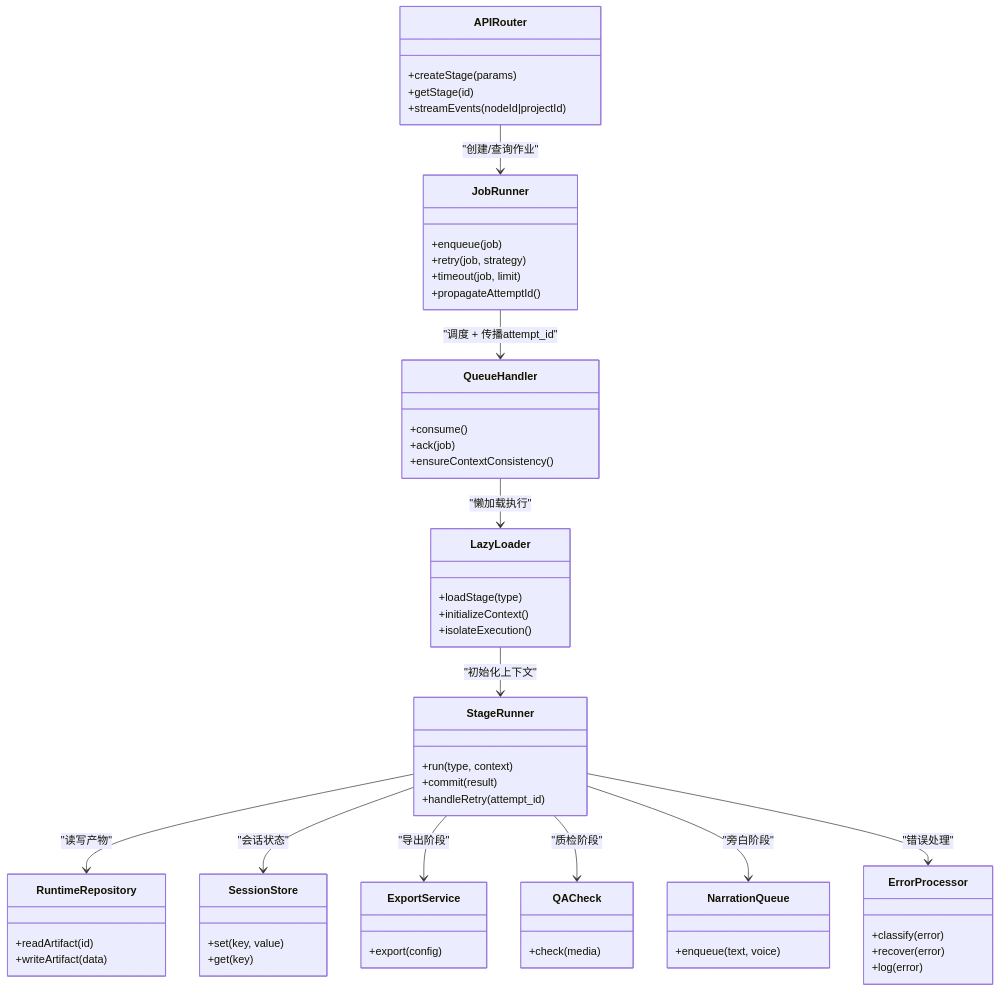
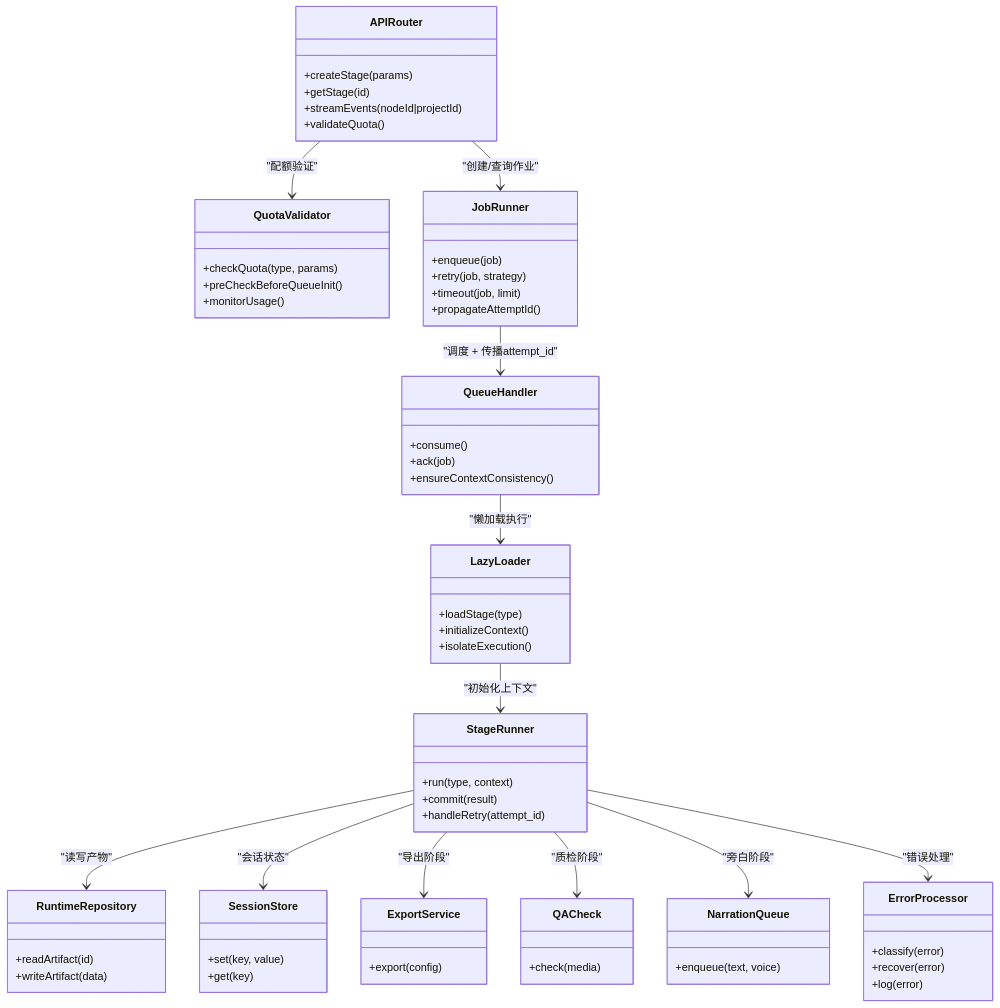
Before and after one commit to scottcwy/PurpleInk: the third of 3 diagrams in .qoder/repowiki/zh/content/API参考/导演系统API/阶段执行API.md, drawn with Mermaid. The commit also changed other lines of this file and 48 other files, not shown here.

````diff
--- a/.qoder/repowiki/zh/content/API参考/导演系统API/阶段执行API.md
+++ b/.qoder/repowiki/zh/content/API参考/导演系统API/阶段执行API.md
@@ -329,61 +368,68 @@
 ```mermaid
 classDiagram
 class APIRouter {
 +createStage(params)
 +getStage(id)
 +streamEvents(nodeId|projectId)
++validateQuota()
+}
+class QuotaValidator {
++checkQuota(type, params)
++preCheckBeforeQueueInit()
++monitorUsage()
 }
 class JobRunner {
 +enqueue(job)
 +retry(job, strategy)
 +timeout(job, limit)
 +propagateAttemptId()
 }
 class QueueHandler {
 +consume()
 +ack(job)
 +ensureContextConsistency()
 }
 class LazyLoader {
 +loadStage(type)
 +initializeContext()
 +isolateExecution()
 }
 class StageRunner {
 +run(type, context)
 +commit(result)
 +handleRetry(attempt_id)
 }
 class RuntimeRepository {
 +readArtifact(id)
 +writeArtifact(data)
 }
 class SessionStore {
 +set(key, value)
 +get(key)
 }
 class ExportService {
 +export(config)
 }
 class QACheck {
 +check(media)
 }
 class NarrationQueue {
 +enqueue(text, voice)
 }
 class ErrorProcessor {
 +classify(error)
 +recover(error)
 +log(error)
 }
+APIRouter --> QuotaValidator : "配额验证"
 APIRouter --> JobRunner : "创建/查询作业"
 JobRunner --> QueueHandler : "调度 + 传播attempt_id"
 QueueHandler --> LazyLoader : "懒加载执行"
 LazyLoader --> StageRunner : "初始化上下文"
 StageRunner --> RuntimeRepository : "读写产物"
 StageRunner --> SessionStore : "会话状态"
 StageRunner --> ExportService : "导出阶段"
 StageRunner --> QACheck : "质检阶段"
 StageRunner --> NarrationQueue : "旁白阶段"
 StageRunner --> ErrorProcessor : "错误处理"
 ```
````
